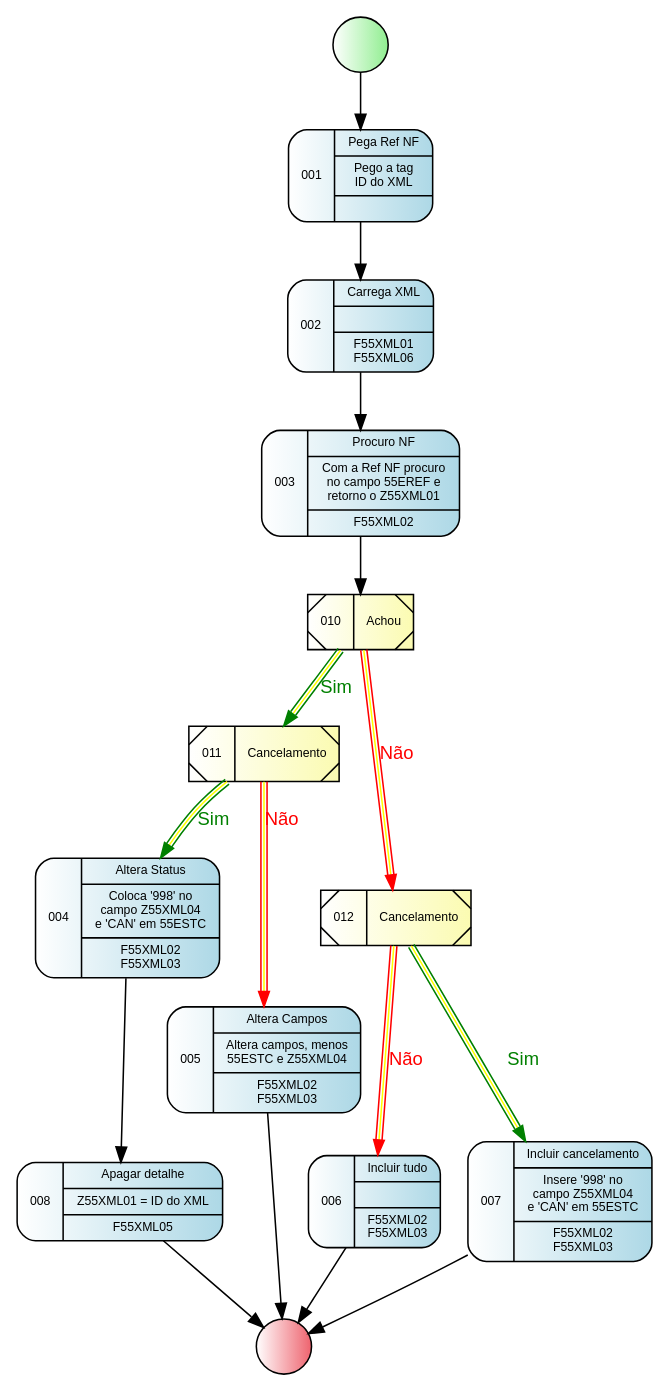
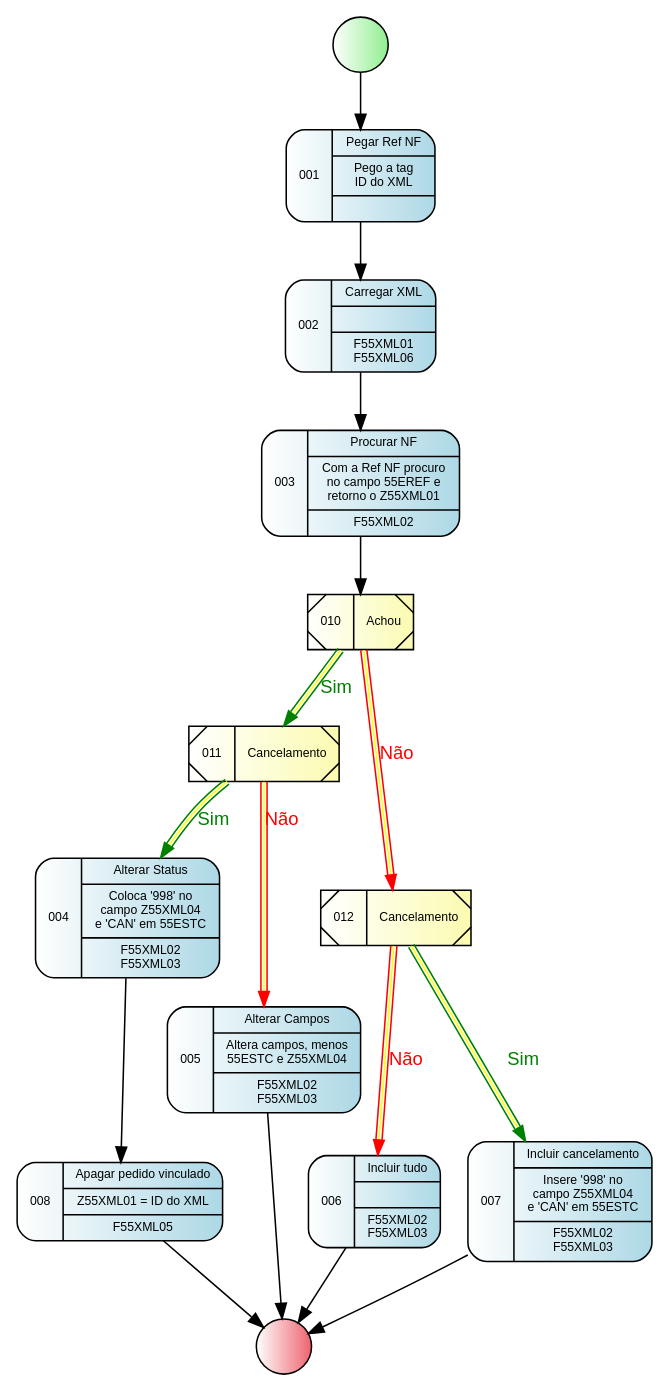
The diagram in XML Process.gv (GiovaniPM/Graphs), drawn with Graphviz before and after one commit.

Commit message:
giova(DESKTOP-PG18CKU) 200301190824

```diff
--- a/XML Process.gv
+++ b/XML Process.gv
@@ -1,117 +1,117 @@
 digraph R {
     nodeini [
                 shape=circle,
                 style="filled",
                 fillcolor="white:lightgreen",
                 label=""
             ]
     node001 [
                 fontname = "Arial",
                 fontsize = 8,
                 shape=record,
                 style="rounded,filled",
                 fillcolor="white:lightblue"
-                label="001|{Pega Ref NF|Pego a tag\n ID do XML|}"
+                label="001|{Pegar Ref NF|Pego a tag\n ID do XML|}"
             ]
     node002 [
                 fontname = "Arial",
                 fontsize = 8,
                 shape=record,
                 style="rounded,filled",
                 fillcolor="white:lightblue"
-                label="002|{Carrega XML||F55XML01\nF55XML06}"
+                label="002|{Carregar XML||F55XML01\nF55XML06}"
             ]
     node003 [
                 fontname = "Arial",
                 fontsize = 8,
                 shape=record,
                 style="rounded,filled",
                 fillcolor="white:lightblue"
-                label="003|{Procuro NF|Com a Ref NF procuro\nno campo 55EREF e\nretorno o Z55XML01|F55XML02}"
+                label="003|{Procurar NF|Com a Ref NF procuro\nno campo 55EREF e\nretorno o Z55XML01|F55XML02}"
             ]
     node004 [
                 fontname = "Arial",
                 fontsize = 8,
                 shape=record,
                 style="rounded,filled",
                 fillcolor="white:lightblue"
-                label="004|{Altera Status|Coloca '998' no\ncampo Z55XML04\ne 'CAN' em 55ESTC|F55XML02\nF55XML03}"
+                label="004|{Alterar Status|Coloca '998' no\ncampo Z55XML04\ne 'CAN' em 55ESTC|F55XML02\nF55XML03}"
             ]
     node005 [
                 fontname = "Arial",
                 fontsize = 8,
                 shape=record,
                 style="rounded,filled",
                 fillcolor="white:lightblue"
-                label="005|{Altera Campos|Altera campos, menos\n55ESTC e Z55XML04|F55XML02\nF55XML03}"
+                label="005|{Alterar Campos|Altera campos, menos\n55ESTC e Z55XML04|F55XML02\nF55XML03}"
             ]
     node006 [
                 fontname = "Arial",
                 fontsize = 8,
                 shape=record,
                 style="rounded,filled",
                 fillcolor="white:lightblue"
                 label="006|{Incluir tudo||F55XML02\nF55XML03}"
             ]
     node007 [
                 fontname = "Arial",
                 fontsize = 8,
                 shape=record,
                 style="rounded,filled",
                 fillcolor="white:lightblue"
                 label="007|{Incluir cancelamento|Insere '998' no\ncampo Z55XML04\ne 'CAN' em 55ESTC|F55XML02\nF55XML03}"
             ]
     node008 [
                 fontname = "Arial",
                 fontsize = 8,
                 shape=record,
                 style="rounded,filled",
                 fillcolor="white:lightblue"
-                label="008|{Apagar detalhe|Z55XML01 = ID do XML|F55XML05}"
+                label="008|{Apagar pedido vinculado|Z55XML01 = ID do XML|F55XML05}"
             ]
     node010 [
                 fontname = "Arial",
                 fontsize = 8,
                 shape=record,
                 style="diagonals,filled",
                 fillcolor="white:#fbfbb1"
                 label="010|Achou"
             ]
     node011 [
                 fontname = "Arial",
                 fontsize = 8,
                 shape=record,
                 style="diagonals,filled",
                 fillcolor="white:#fbfbb1"
                 label="011|Cancelamento"
             ]
     node012 [
                 fontname = "Arial",
                 fontsize = 8,
                 shape=record,
                 style="diagonals,filled",
                 fillcolor="white:#fbfbb1"
                 label="012|Cancelamento"
             ]
     nodefin [
                 shape=circle,
                 style="filled",
                 fillcolor="white:#ee636e",
                 label=""
             ]
     nodeini -> node001
     node001 -> node002
     node002 -> node003
     node003 -> node010
     node010 -> node011 [fontname = "Arial", fontsize = 12, fontcolor="green", color="green:yellow:green", label="Sim"]
     node010 -> node012 [fontname = "Arial", fontsize = 12, fontcolor="red", color="red:yellow:red", label="Não"]
     node011 -> node004 [fontname = "Arial", fontsize = 12, fontcolor="green", color="green:yellow:green", label="Sim"]
     node011 -> node005 [fontname = "Arial", fontsize = 12, fontcolor="red", color="red:yellow:red", label="Não"]
     node004 -> node008
     node012 -> node007 [fontname = "Arial", fontsize = 12, fontcolor="green", color="green:yellow:green", label="Sim"]
     node012 -> node006 [fontname = "Arial", fontsize = 12, fontcolor="red", color="red:yellow:red", label="Não"]
     node008 -> nodefin
     node006 -> nodefin
     node005 -> nodefin
     node007 -> nodefin
 }
```
